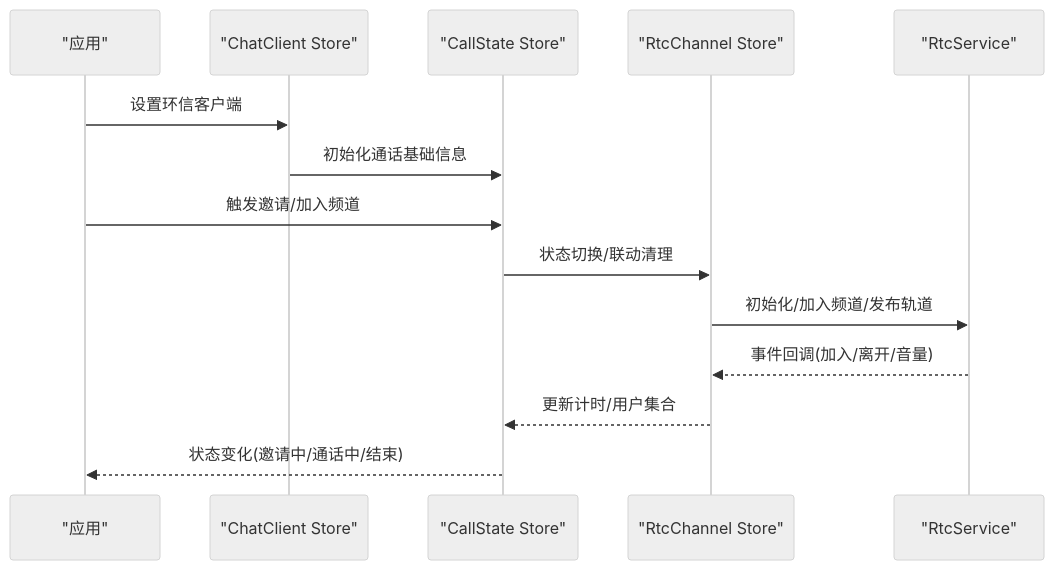
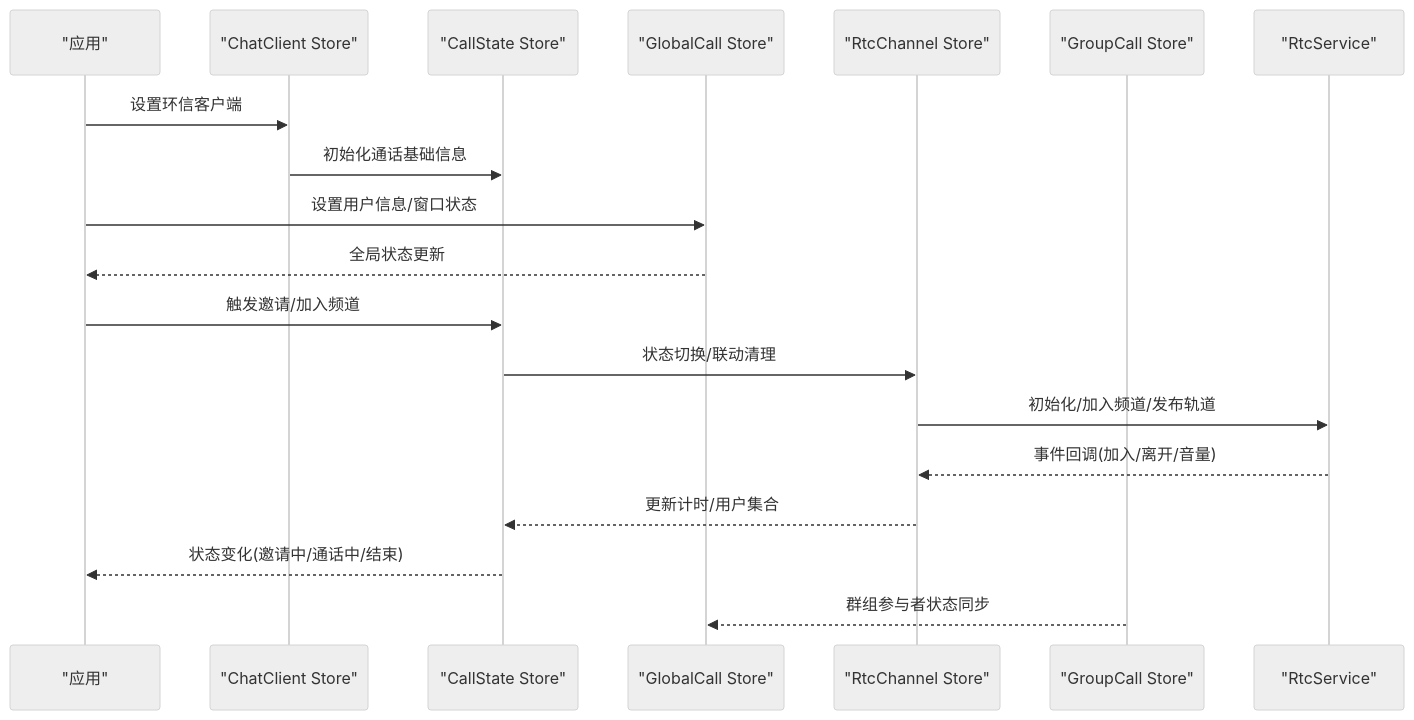
The second of 4 diagrams in .qoder/repowiki/zh/content/状态管理/状态管理.md (Easemob-Community/easemob-uikit-callkit-vue3), drawn with Mermaid (neutral theme) before and after one commit. The commit also changed other lines of this file and 54 other files, not shown here.

````diff
--- a/.qoder/repowiki/zh/content/状态管理/状态管理.md
+++ b/.qoder/repowiki/zh/content/状态管理/状态管理.md
@@ -95,16 +113,21 @@
 ```mermaid
 sequenceDiagram
 participant App as "应用"
 participant CC as "ChatClient Store"
 participant CS as "CallState Store"
+participant GC as "GlobalCall Store"
 participant RC as "RtcChannel Store"
+participant GCS as "GroupCall Store"
 participant RS as "RtcService"
 App->>CC : 设置环信客户端
 CC->>CS : 初始化通话基础信息
+App->>GC : 设置用户信息/窗口状态
+GC-->>App : 全局状态更新
 App->>CS : 触发邀请/加入频道
 CS->>RC : 状态切换/联动清理
 RC->>RS : 初始化/加入频道/发布轨道
 RS-->>RC : 事件回调(加入/离开/音量)
 RC-->>CS : 更新计时/用户集合
 CS-->>App : 状态变化(邀请中/通话中/结束)
+GCS-->>GC : 群组参与者状态同步
 ```
````
